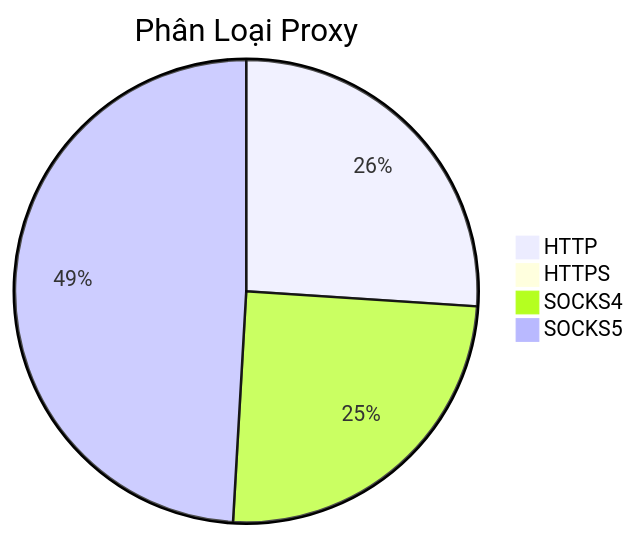
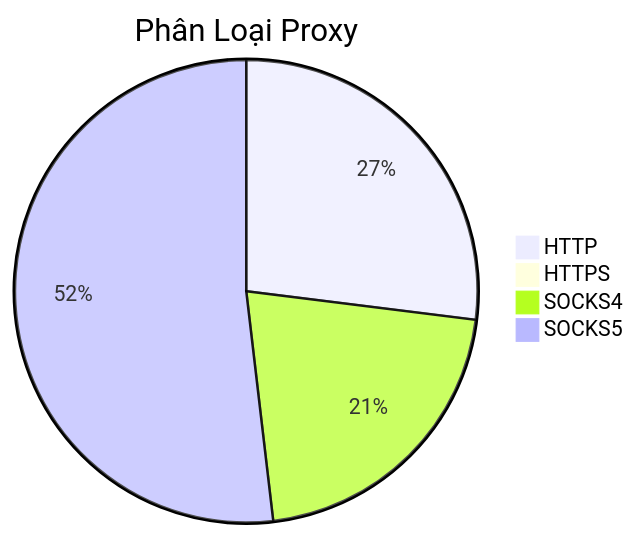
One commit to Ciara-Aa/PROXY-free changed the diagram in README.md. Above: the diagram before and after it, drawn with Mermaid. The commit also changed other lines of this file and 4 other files, not shown here.

````diff
--- a/README.md
+++ b/README.md
@@ -26,7 +26,7 @@
 ```mermaid
 pie title Phân Loại Proxy
-    "HTTP" : 200
+    "HTTP" : 181
     "HTTPS" : 1
-    "SOCKS4" : 191
-    "SOCKS5" : 377
+    "SOCKS4" : 142
+    "SOCKS5" : 348
 ```
````
